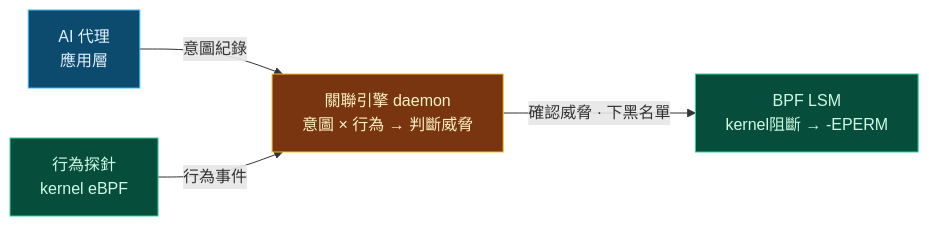
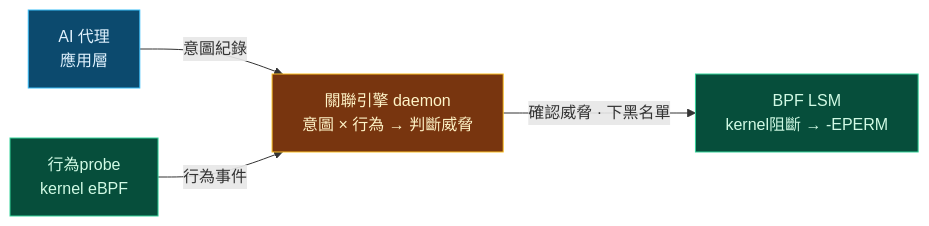
One commit to junlinwk/agent-sentinel changed the first of 4 diagrams in report.md. Above: the diagram before and after it, drawn with Mermaid. The commit also changed other lines of this file, not shown here.

````diff
--- a/report.md
+++ b/report.md
@@ -178,13 +194,13 @@
 ```mermaid {scale: 0.78}
 flowchart LR
   AG["AI 代理<br/>應用層"]:::a
-  AP["行為探針<br/>kernel eBPF"]:::k
+  AP["行為probe<br/>kernel eBPF"]:::k
   D["關聯引擎 daemon<br/>意圖 × 行為 → 判斷威脅"]:::d
   LSM["BPF LSM<br/>kernel阻斷 → -EPERM"]:::k
   AG -- "意圖紀錄" --> D
   AP -- "行為事件" --> D
   D -- "確認威脅 · 下黑名單" --> LSM
   classDef a fill:#0c4a6e,stroke:#38bdf8,color:#e0f2fe;
   classDef k fill:#064e3b,stroke:#34d399,color:#d1fae5;
   classDef d fill:#78350f,stroke:#fbbf24,color:#fef3c7;
 ```
````
